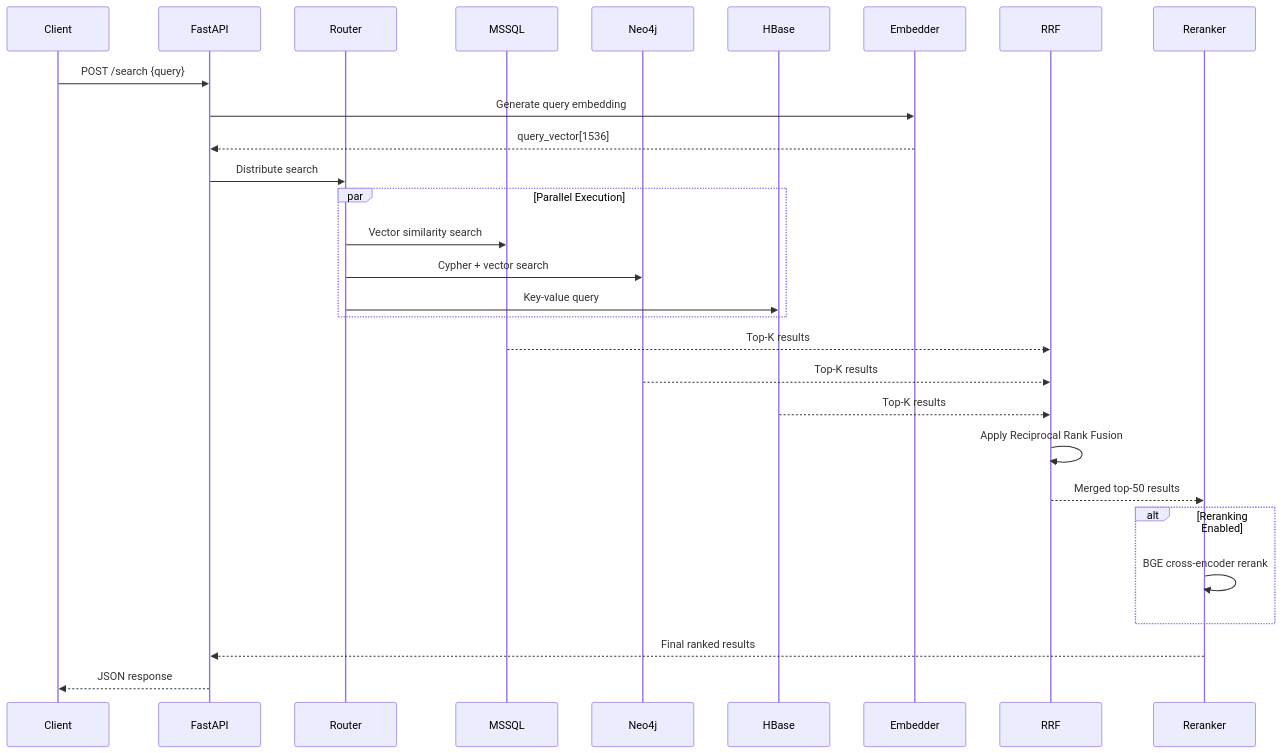
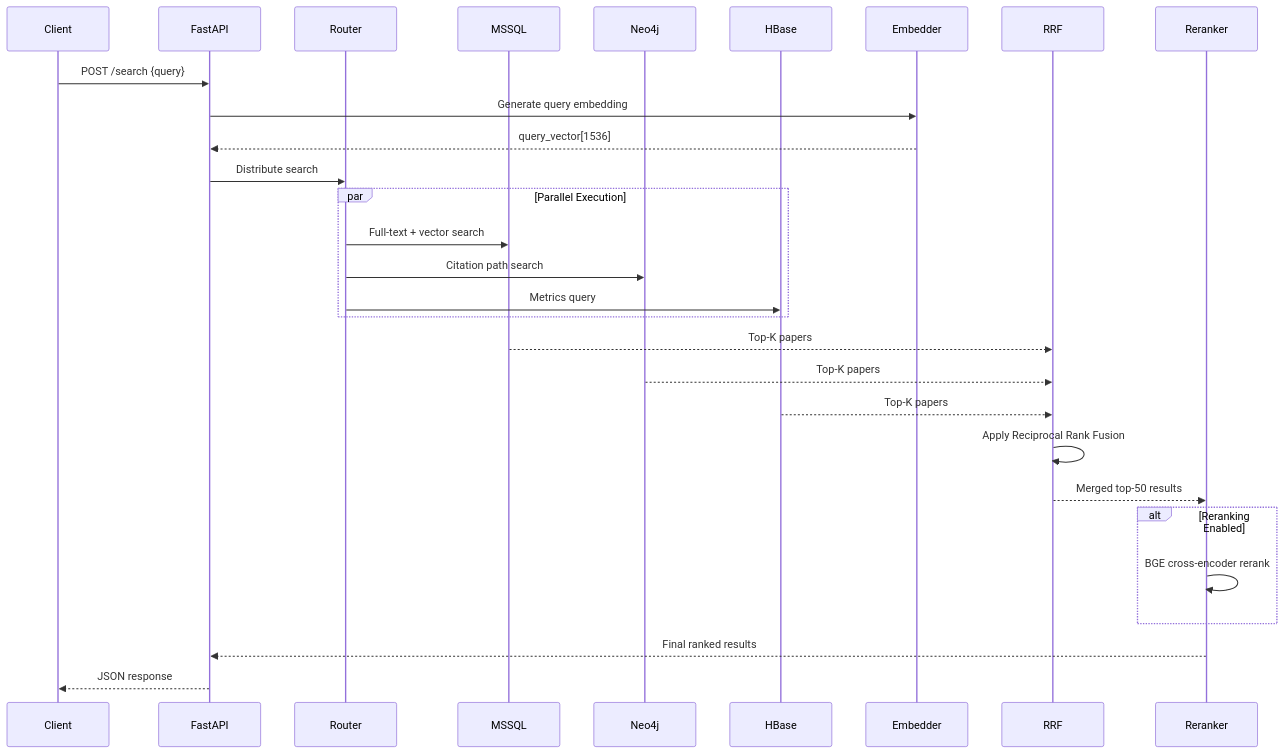
Before and after one commit to ydkulks/SemanticSearchEngine: the second of 3 diagrams in Plan.md, drawn with Mermaid. The commit also changed other lines of this file and 13 other files, not shown here.

````diff
--- a/Plan.md
+++ b/Plan.md
@@ -46,40 +54,40 @@
 ```mermaid
 ---
 config:
   theme: default
   look: classic
 ---
 sequenceDiagram
 
     participant Client
     participant FastAPI
     participant Router
     participant MSSQL
     participant Neo4j
     participant HBase
     participant Embedder
     participant RRF
     participant Reranker
 
     Client->>FastAPI: POST /search {query}
     FastAPI->>Embedder: Generate query embedding
     Embedder-->>FastAPI: query_vector[1536]
     FastAPI->>Router: Distribute search
     par Parallel Execution
-        Router->>MSSQL: Vector similarity search
-        Router->>Neo4j: Cypher + vector search
-        Router->>HBase: Key-value query
+        Router->>MSSQL: Full-text + vector search
+        Router->>Neo4j: Citation path search
+        Router->>HBase: Metrics query
     end
 
-    MSSQL-->>RRF: Top-K results
-    Neo4j-->>RRF: Top-K results
-    HBase-->>RRF: Top-K results
+    MSSQL-->>RRF: Top-K papers
+    Neo4j-->>RRF: Top-K papers
+    HBase-->>RRF: Top-K papers
 
     RRF->>RRF: Apply Reciprocal Rank Fusion
     RRF-->>Reranker: Merged top-50 results
     alt Reranking Enabled
         Reranker->>Reranker: BGE cross-encoder rerank
     end
     Reranker-->>FastAPI: Final ranked results
     FastAPI-->>Client: JSON response
 ```
````
